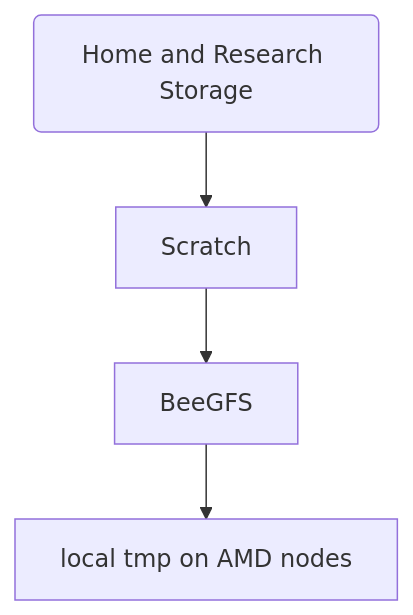
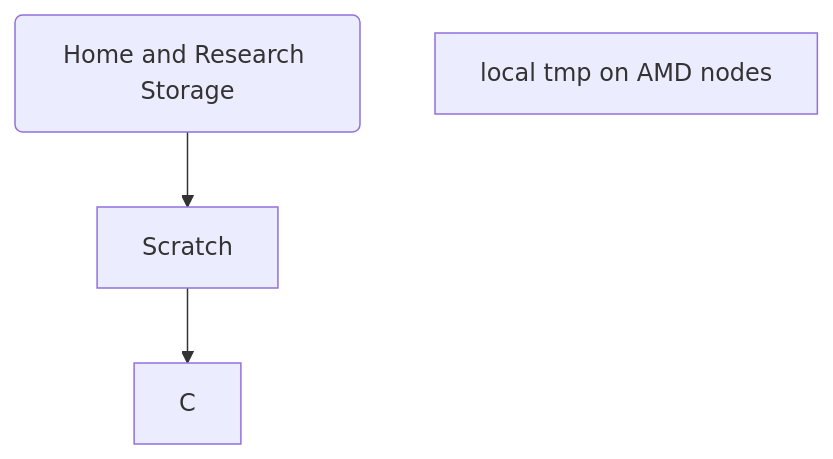
One commit to vuw-research-computing/raapoi-docs changed the diagram in docs/storage.md. Above: the diagram before and after it, drawn with Mermaid. The commit also changed other lines of this file, not shown here.

````diff
--- a/docs/storage.md
+++ b/docs/storage.md
@@ -43,7 +45,6 @@
 ```mermaid
 graph TD
    A(Home and Research Storage) --> B
    B[Scratch] --> C
-   C[BeeGFS] --> D
    D[local tmp on AMD nodes]
 ```
````
